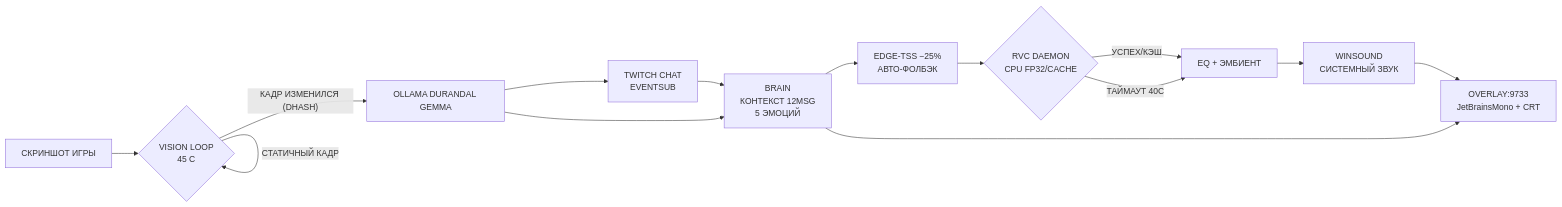
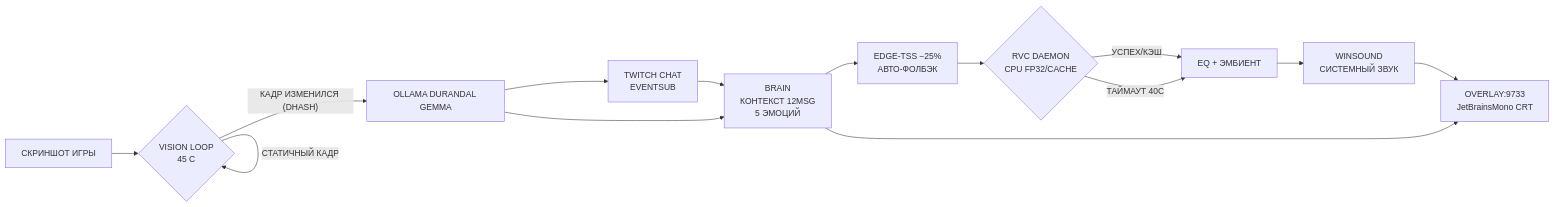
The diagram in README.md (NeruMarcus/durandal-stream-bot), drawn with Mermaid before and after one commit. The commit also changed other lines of this file, not shown here.

````diff
--- a/README.md
+++ b/README.md
@@ -37,16 +37,16 @@
 ```mermaid
 flowchart LR
     A[СКРИНШОТ ИГРЫ] --> B{VISION LOOP\n45 С}
     B -->|"КАДР ИЗМЕНИЛСЯ (DHASH)"| C["OLLAMA DURANDAL GEMMA"]
     B -->|"СТАТИЧНЫЙ КАДР"| B
     C --> D["TWITCH CHAT\nEVENTSUB"]
     D --> E["BRAIN\nКОНТЕКСТ 12MSG\n5 ЭМОЦИЙ"]
     C --> E
     E --> F["EDGE-TSS −25%\nАВТО-ФОЛБЭК"]
     F --> G{"RVC DAEMON\nCPU FP32/CACHE"}
     G -->|"УСПЕХ/КЭШ"| H[EQ + ЭМБИЕНТ]
     G -->|"ТАЙМАУТ 40С"| H
     H --> I["WINSOUND\nСИСТЕМНЫЙ ЗВУК"]
-    E --> J["OVERLAY:9733\nJetBrainsMono + CRT"]
+    E --> J["OVERLAY:9733\nJetBrainsMono CRT"]
     I --> J
 ```
````
